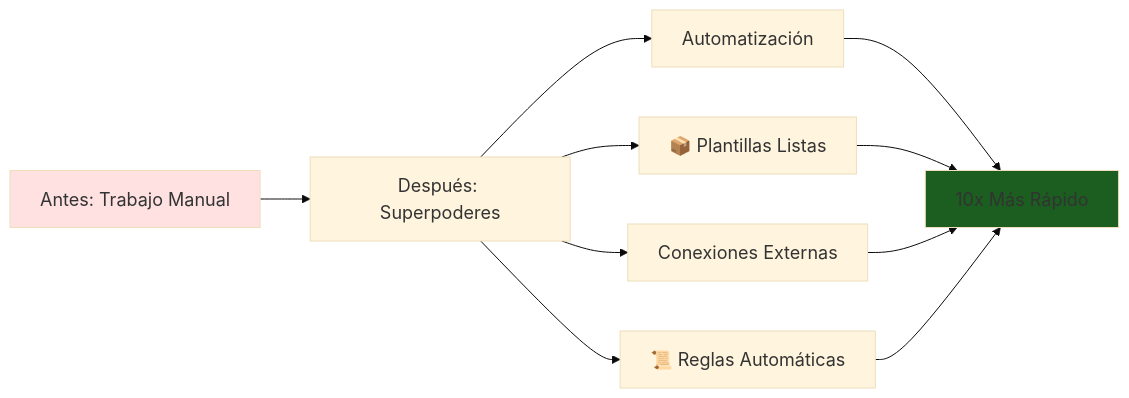
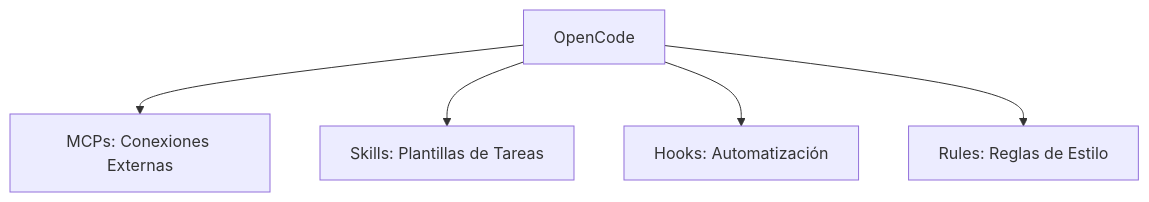
Before and after one commit to Ai-Whisperers/Courses-Content: the diagram in courses/02-development/FPUNA-2026/00-FUNDAMENTOS-PRINCIPALES/02-maestria-configuracion.md, drawn with Mermaid. The commit also changed other lines of this file and 25 other files, not shown here.

````diff
--- a/courses/02-development/FPUNA-2026/00-FUNDAMENTOS-PRINCIPALES/02-maestria-configuracion.md
+++ b/courses/02-development/FPUNA-2026/00-FUNDAMENTOS-PRINCIPALES/02-maestria-configuracion.md
@@ -1490,18 +10,7 @@
 ```mermaid
-%%{init: {'theme':'base', 'themeVariables': {'fontSize':'18px'}}}%%
-graph LR
-    A[Antes: Trabajo Manual] --> B[Después: Superpoderes]
-    
-    B --> C[Automatización]
-    B --> D[📦 Plantillas Listas]
-    B --> E[Conexiones Externas]
-    B --> F[📜 Reglas Automáticas]
-    
-    C --> G[10x Más Rápido]
-    D --> G
-    E --> G
-    F --> G
-    
-    style A fill:#ffe1e1
-    style G fill:#1b5e20
+graph TD
+    OC[OpenCode] --> MCP[MCPs: Conexiones Externas]
+    OC --> SK[Skills: Plantillas de Tareas]
+    OC --> HK[Hooks: Automatización]
+    OC --> RL[Rules: Reglas de Estilo]
 ```
````
